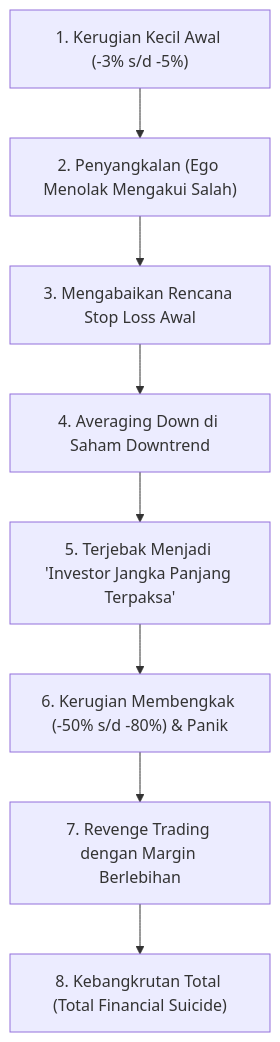
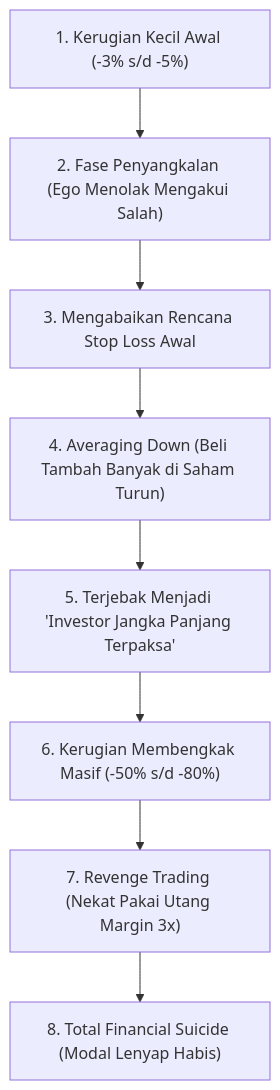
One commit to AlulCode45/Trading-Learning-Path changed the second of 3 diagrams in docs/edianto-ong/28-suicide-anomaly.md. Above: the diagram before and after it, drawn with Mermaid. The commit also changed other lines of this file and 29 other files, not shown here.

Commit message:
docs(edianto-ong): upgrade all 29 chapters with beginner analogies, diagrams, step-by-step guides, and case studies

````diff
--- a/docs/edianto-ong/28-suicide-anomaly.md
+++ b/docs/edianto-ong/28-suicide-anomaly.md
@@ -14,10 +52,10 @@
 ```mermaid
 flowchart TD
-    InitialLoss["1. Kerugian Kecil Awal (-3% s/d -5%)"] --> Denial["2. Penyangkalan (Ego Menolak Mengakui Salah)"]
-    Denial --> NoCutLoss["3. Mengabaikan Rencana Stop Loss Awal"]
-    NoCutLoss --> AveragingDown["4. Averaging Down di Saham Downtrend"]
-    AveragingDown --> ForcedInvestor["5. Terjebak Menjadi 'Investor Jangka Panjang Terpaksa'"]
-    ForcedInvestor --> CapitulationPanic["6. Kerugian Membengkak (-50% s/d -80%) & Panik"]
-    CapitulationPanic --> RevengeTrading["7. Revenge Trading dengan Margin Berlebihan"]
-    RevengeTrading --> Ruin["8. Kebangkrutan Total (Total Financial Suicide)"]
+    Loss1["1. Kerugian Kecil Awal (-3% s/d -5%)"] --> Denial["2. Fase Penyangkalan (Ego Menolak Mengakui Salah)"]
+    Denial --> AbaiSL["3. Mengabaikan Rencana Stop Loss Awal"]
+    AbaiSL --> AvgDown["4. Averaging Down (Beli Tambah Banyak di Saham Turun)"]
+    AvgDown --> Nyangkut["5. Terjebak Menjadi 'Investor Jangka Panjang Terpaksa'"]
+    Nyangkut --> Depresi["6. Kerugian Membengkak Masif (-50% s/d -80%)"]
+    Depresi --> Revenge["7. Revenge Trading (Nekat Pakai Utang Margin 3x)"]
+    Revenge --> Bangkrut["8. Total Financial Suicide (Modal Lenyap Habis)"]
 ```
````
